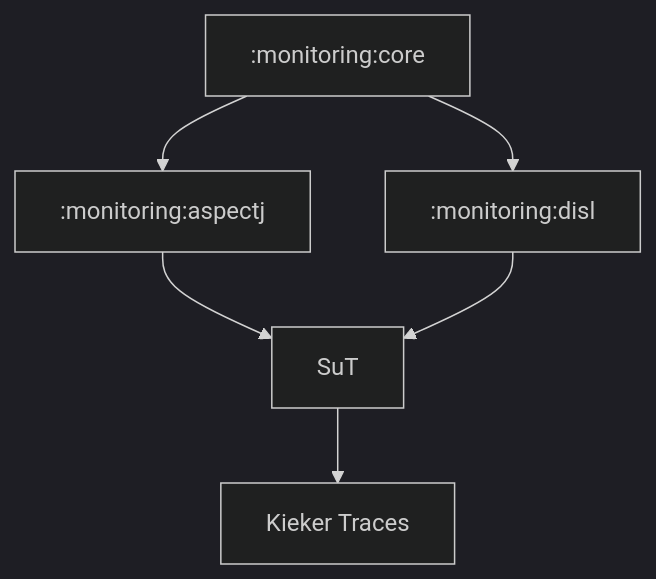
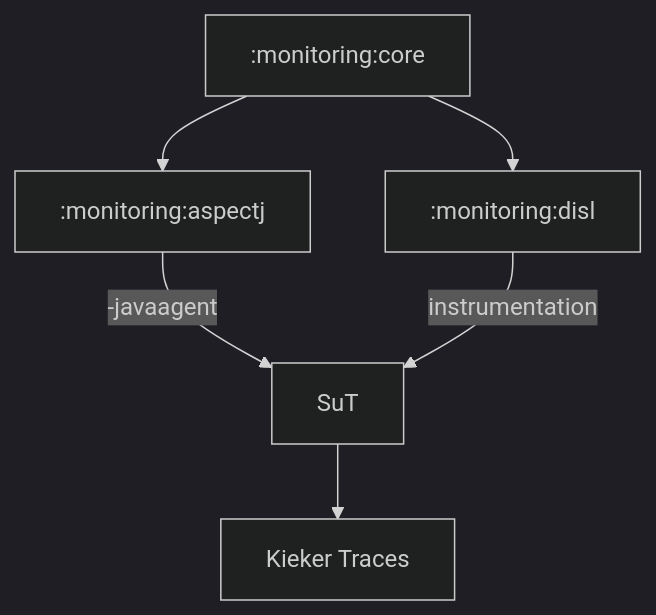
The diagram in monitoring/README.md (kieker-monitoring/kieker), drawn with Mermaid (dark theme) before and after one commit. The commit also changed other lines of this file, not shown here.

````diff
--- a/monitoring/README.md
+++ b/monitoring/README.md
@@ -5,8 +10,8 @@
 ```mermaid
 graph TD;
 	:monitoring:core-->:monitoring:aspectj;
 	:monitoring:core-->:monitoring:disl;
-	:monitoring:aspectj-->SuT;
-	:monitoring:disl-->SuT;
+	:monitoring:aspectj-- -javaagent -->SuT;
+	:monitoring:disl-- instrumentation -->SuT;
 	SuT-->id1[Kieker Traces];
 ```
````
